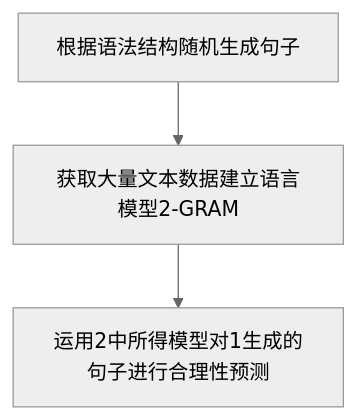
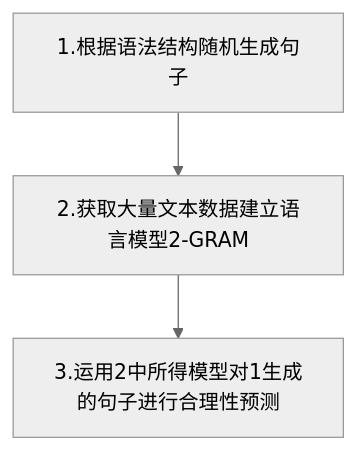
Before and after one commit to HaiBlueSea/Assignment-NLP: the diagram in Notes/NLP_notes.md, drawn with Mermaid (neutral theme). The commit also changed other lines of this file and 13 other files, not shown here.

````diff
--- a/Notes/NLP_notes.md
+++ b/Notes/NLP_notes.md
@@ -172,5 +167,5 @@
 ```mermaid
 graph TD
-A[根据语法结构随机生成句子] -->B[获取大量文本数据建立语言模型2-GRAM]
-    B --> C[运用2中所得模型对1生成的句子进行合理性预测]
+A[1.根据语法结构随机生成句子] -->B[2.获取大量文本数据建立语言模型2-GRAM]
+    B --> C[3.运用2中所得模型对1生成的句子进行合理性预测]
 ```
````
